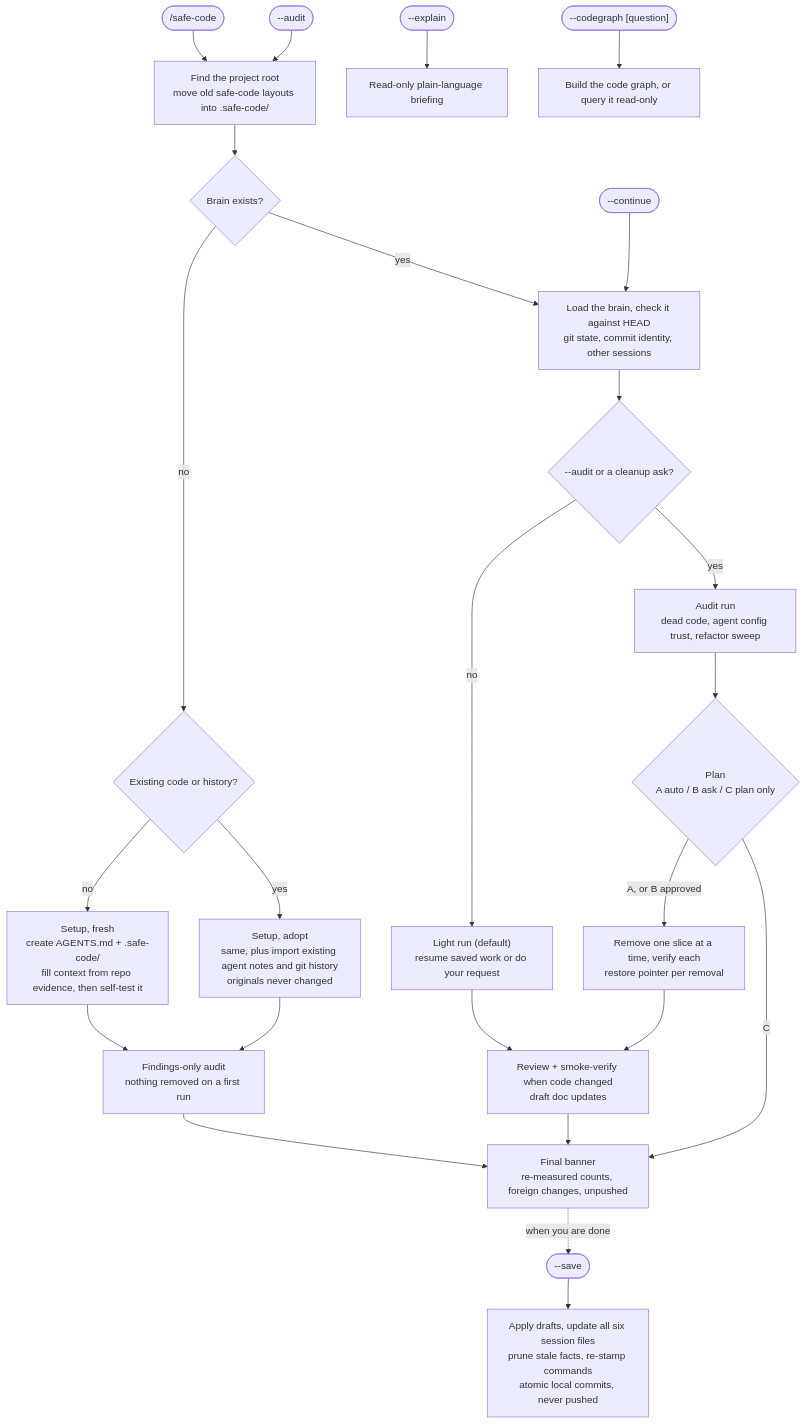
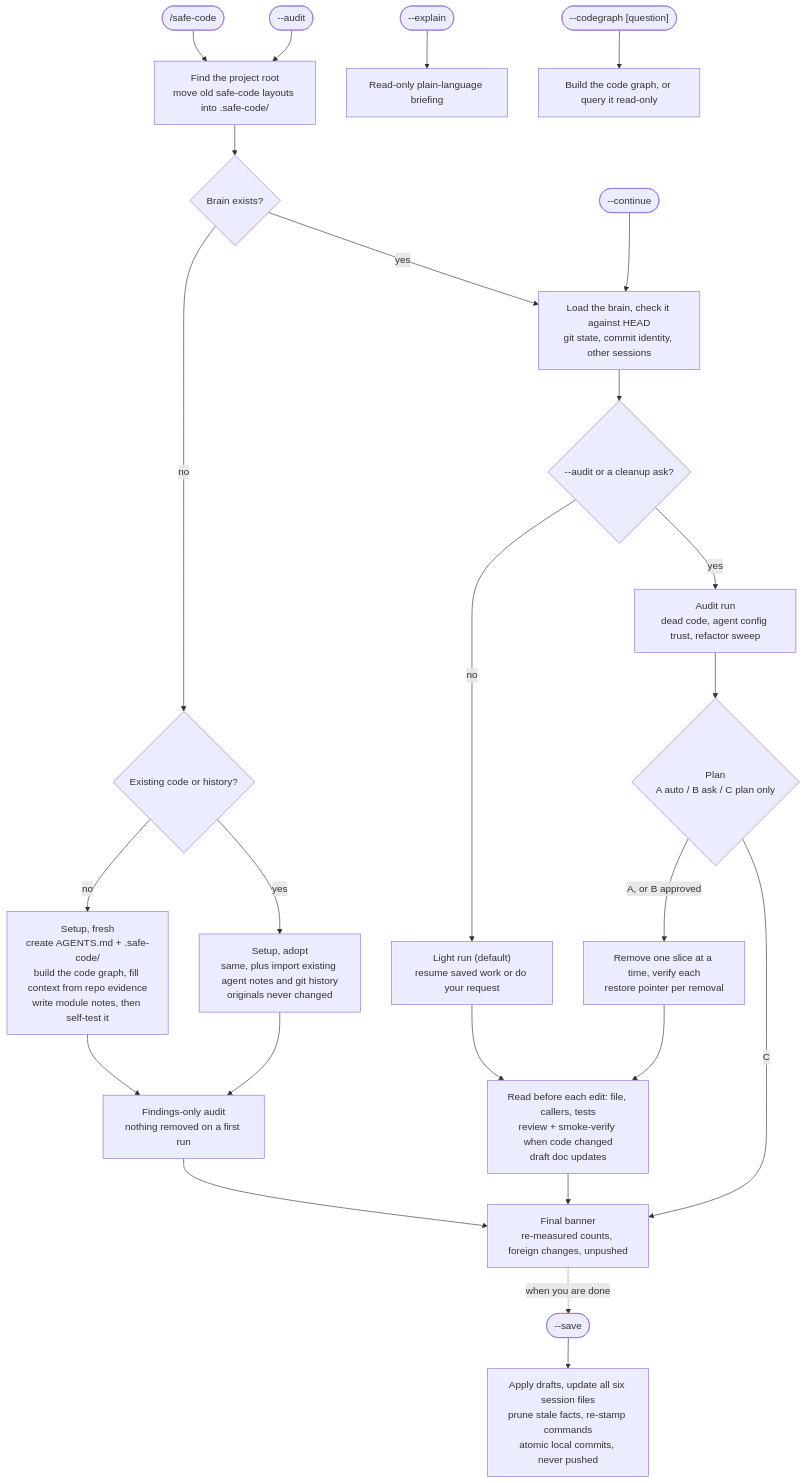
The diagram in README.md (afu-it/safe-code), drawn with Mermaid before and after one commit. The commit also changed other lines of this file and 1 other file, not shown here.

First line of the commit message:
docs(readme): About section, before/after table, 5.1 features up front

````diff
--- a/README.md
+++ b/README.md
@@ -99,28 +166,28 @@
 ```mermaid
 flowchart TD
     run(["/safe-code"]) --> root["Find the project root<br/>move old safe-code layouts into .safe-code/"]
     aud(["--audit"]) --> root
     root --> brain{"Brain exists?"}
     brain -- "no" --> kind{"Existing code or history?"}
-    kind -- "no" --> fresh["Setup, fresh<br/>create AGENTS.md + .safe-code/<br/>fill context from repo evidence, then self-test it"]
+    kind -- "no" --> fresh["Setup, fresh<br/>create AGENTS.md + .safe-code/<br/>build the code graph, fill context from repo evidence<br/>write module notes, then self-test it"]
     kind -- "yes" --> adopt["Setup, adopt<br/>same, plus import existing agent notes and git history<br/>originals never changed"]
     fresh --> findings["Findings-only audit<br/>nothing removed on a first run"]
     adopt --> findings
     brain -- "yes" --> load["Load the brain, check it against HEAD<br/>git state, commit identity, other sessions"]
     load --> which{"--audit or a cleanup ask?"}
     which -- "no" --> light["Light run (default)<br/>resume saved work or do your request"]
     which -- "yes" --> audit["Audit run<br/>dead code, agent config trust, refactor sweep"]
     audit --> plan{"Plan<br/>A auto / B ask / C plan only"}
     plan -- "A, or B approved" --> remove["Remove one slice at a time, verify each<br/>restore pointer per removal"]
     plan -- "C" --> banner
     remove --> verify
-    light --> verify["Review + smoke-verify when code changed<br/>draft doc updates"]
+    light --> verify["Read before each edit: file, callers, tests<br/>review + smoke-verify when code changed<br/>draft doc updates"]
     verify --> banner
     findings --> banner["Final banner<br/>re-measured counts, foreign changes, unpushed"]
     banner -. "when you are done" .-> save
 
     cont(["--continue"]) --> load
     save(["--save"]) --> sv["Apply drafts, update all six session files<br/>prune stale facts, re-stamp commands<br/>atomic local commits, never pushed"]
     explain(["--explain"]) --> ex["Read-only plain-language briefing"]
     cgr(["--codegraph [question]"]) --> gr["Build the code graph, or query it read-only"]
 ```
````
